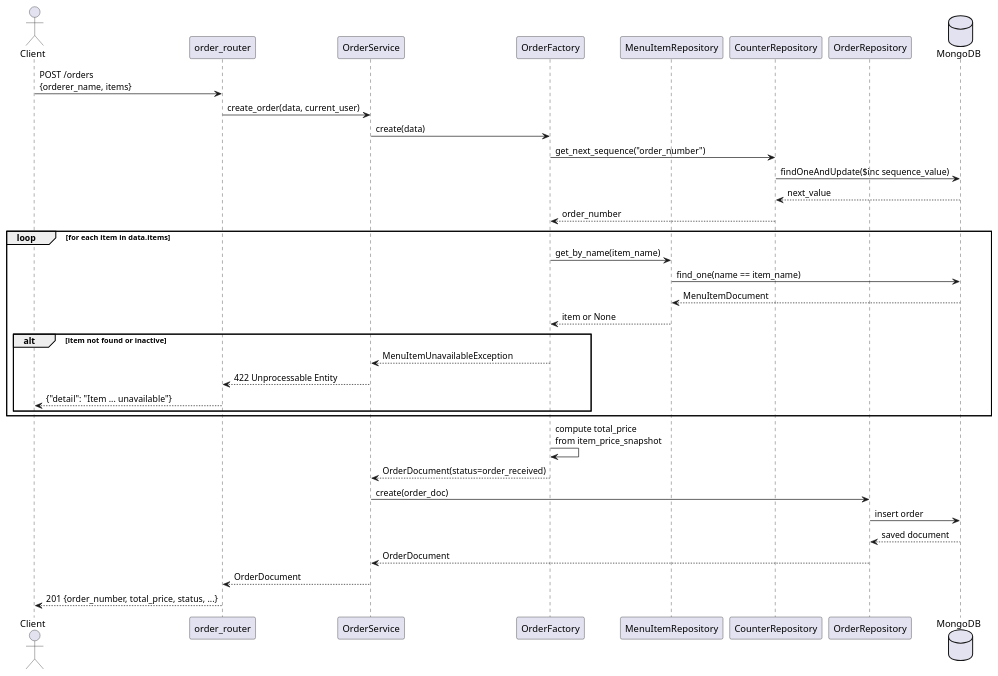
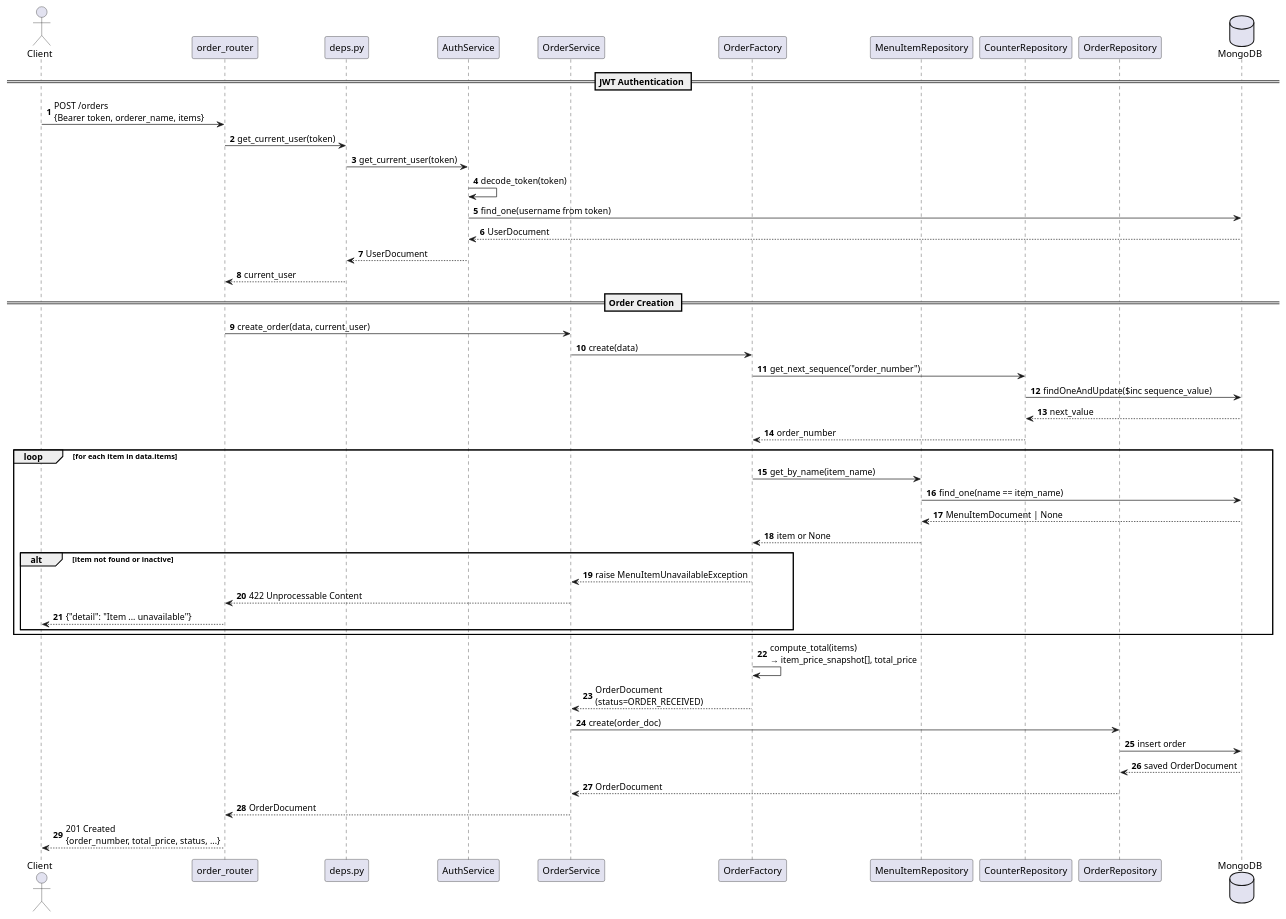
One commit to Picard1203/Crusty-Crab changed the diagram in design_diagrams/pumls/order_sequence.puml. Above: the diagram before and after it, drawn with PlantUML. The commit also changed 4 other files, not shown here.

Commit message:
improve design diagrams and fix auth router status codes

```diff
--- a/design_diagrams/pumls/order_sequence.puml
+++ b/design_diagrams/pumls/order_sequence.puml
@@ -1,41 +1,57 @@
 @startuml Krusty Crab - Order Creation Sequence
+
+autonumber
 
 actor Client
 participant "order_router" as Router
+participant "deps.py" as Deps
+participant "AuthService" as Auth
 participant "OrderService" as Service
 participant "OrderFactory" as Factory
 participant "MenuItemRepository" as MenuRepo
 participant "CounterRepository" as Counter
 participant "OrderRepository" as OrderRepo
 database "MongoDB" as DB
 
-Client -> Router: POST /orders\n{orderer_name, items}
+== JWT Authentication ==
+
+Client -> Router: POST /orders\n{Bearer token, orderer_name, items}
+Router -> Deps: get_current_user(token)
+Deps -> Auth: get_current_user(token)
+Auth -> Auth: decode_token(token)
+Auth -> DB: find_one(username from token)
+DB --> Auth: UserDocument
+Auth --> Deps: UserDocument
+Deps --> Router: current_user
+
+== Order Creation ==
+
 Router -> Service: create_order(data, current_user)
 Service -> Factory: create(data)
 Factory -> Counter: get_next_sequence("order_number")
 Counter -> DB: findOneAndUpdate($inc sequence_value)
 DB --> Counter: next_value
 Counter --> Factory: order_number
 
 loop for each item in data.items
     Factory -> MenuRepo: get_by_name(item_name)
     MenuRepo -> DB: find_one(name == item_name)
-    DB --> MenuRepo: MenuItemDocument
+    DB --> MenuRepo: MenuItemDocument | None
     MenuRepo --> Factory: item or None
     alt item not found or inactive
-        Factory --> Service: MenuItemUnavailableException
-        Service --> Router: 422 Unprocessable Entity
+        Factory --> Service: raise MenuItemUnavailableException
+        Service --> Router: 422 Unprocessable Content
         Router --> Client: {"detail": "Item ... unavailable"}
     end
 end
 
-Factory -> Factory: compute total_price\nfrom item_price_snapshot
-Factory --> Service: OrderDocument(status=order_received)
+Factory -> Factory: compute_total(items)\n→ item_price_snapshot[], total_price
+Factory --> Service: OrderDocument\n(status=ORDER_RECEIVED)
 Service -> OrderRepo: create(order_doc)
 OrderRepo -> DB: insert order
-DB --> OrderRepo: saved document
+DB --> OrderRepo: saved OrderDocument
 OrderRepo --> Service: OrderDocument
 Service --> Router: OrderDocument
-Router --> Client: 201 {order_number, total_price, status, ...}
+Router --> Client: 201 Created\n{order_number, total_price, status, ...}
 
 @enduml
```
